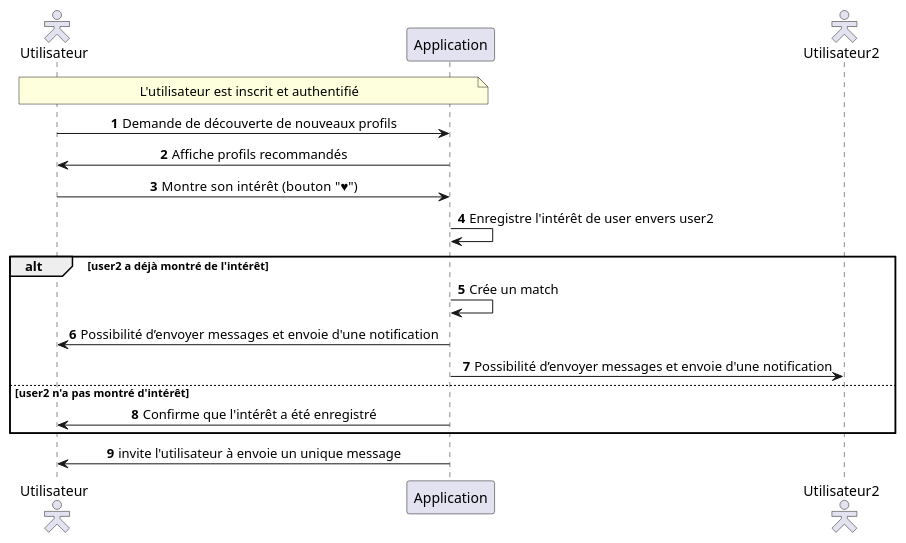
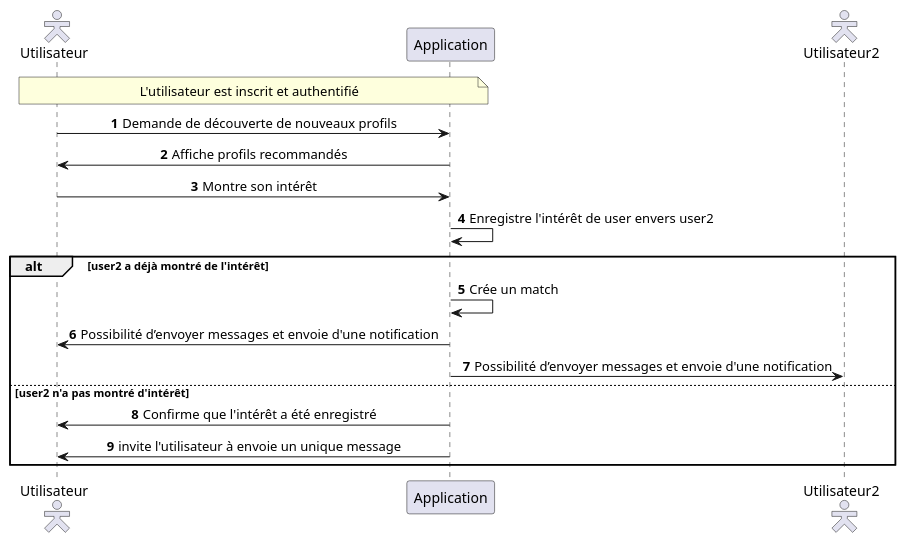
Before and after one commit to MinaroliCorentin/PSO: the diagram in src/Description_des_scenarios_Recommandation_Montrer_de_l_interet.puml, drawn with PlantUML. The commit also changed 15 other files, not shown here.

```diff
--- a/src/Description_des_scenarios_Recommandation_Montrer_de_l_interet.puml
+++ b/src/Description_des_scenarios_Recommandation_Montrer_de_l_interet.puml
@@ -1,31 +1,30 @@
 @startuml
 autonumber
 skinparam sequenceMessageAlign center
 skinparam actorStyle hollow
 
 actor "Utilisateur" as user
 participant "Application" as app
 actor "Utilisateur2" as user2
 
 note over user, app
 L'utilisateur est inscrit et authentifié
 end note
 
 user -> app : Demande de découverte de nouveaux profils
 app -> user : Affiche profils recommandés
 
-user -> app : Montre son intérêt (bouton "♥")
+user -> app : Montre son intérêt
 app -> app : Enregistre l'intérêt de user envers user2
 
 
 alt user2 a déjà montré de l'intérêt
     app -> app : Crée un match
     app -> user : Possibilité d’envoyer messages et envoie d'une notification
     app -> user2 : Possibilité d’envoyer messages et envoie d'une notification
 else user2 n'a pas montré d'intérêt
     app -> user : Confirme que l'intérêt a été enregistré
+    app -> user : invite l'utilisateur à envoie un unique message
 end
 
-app -> user : invite l'utilisateur à envoie un unique message
-
 @enduml
```
